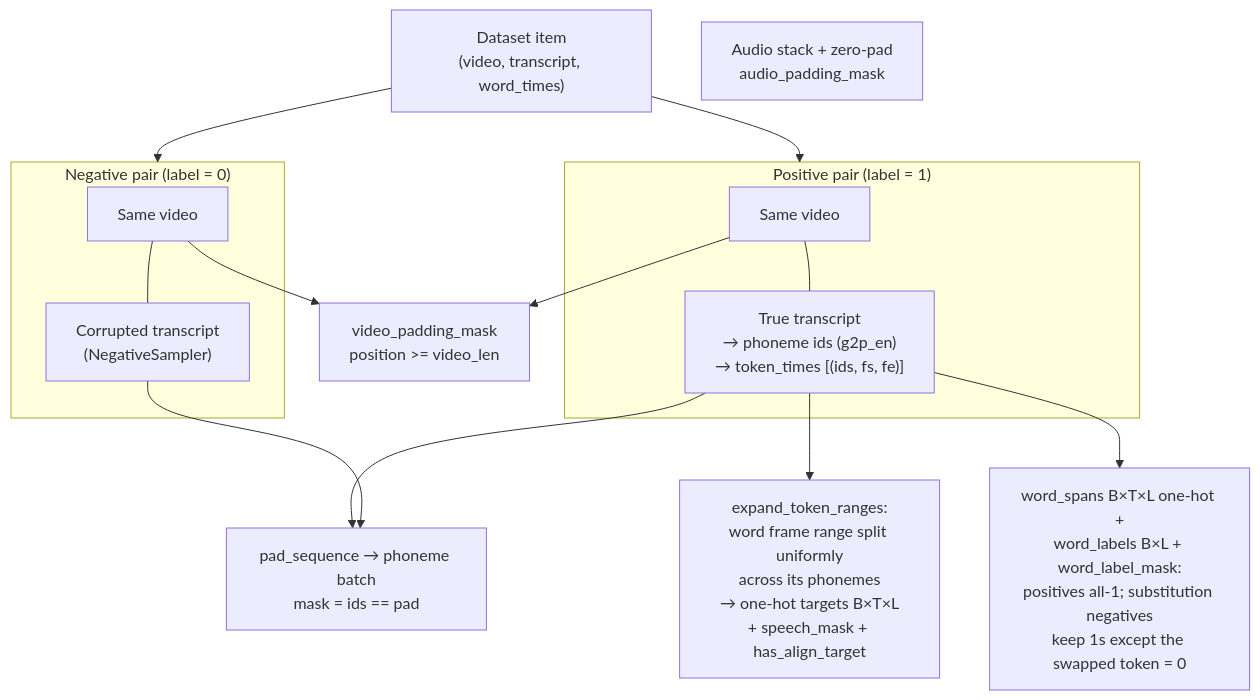
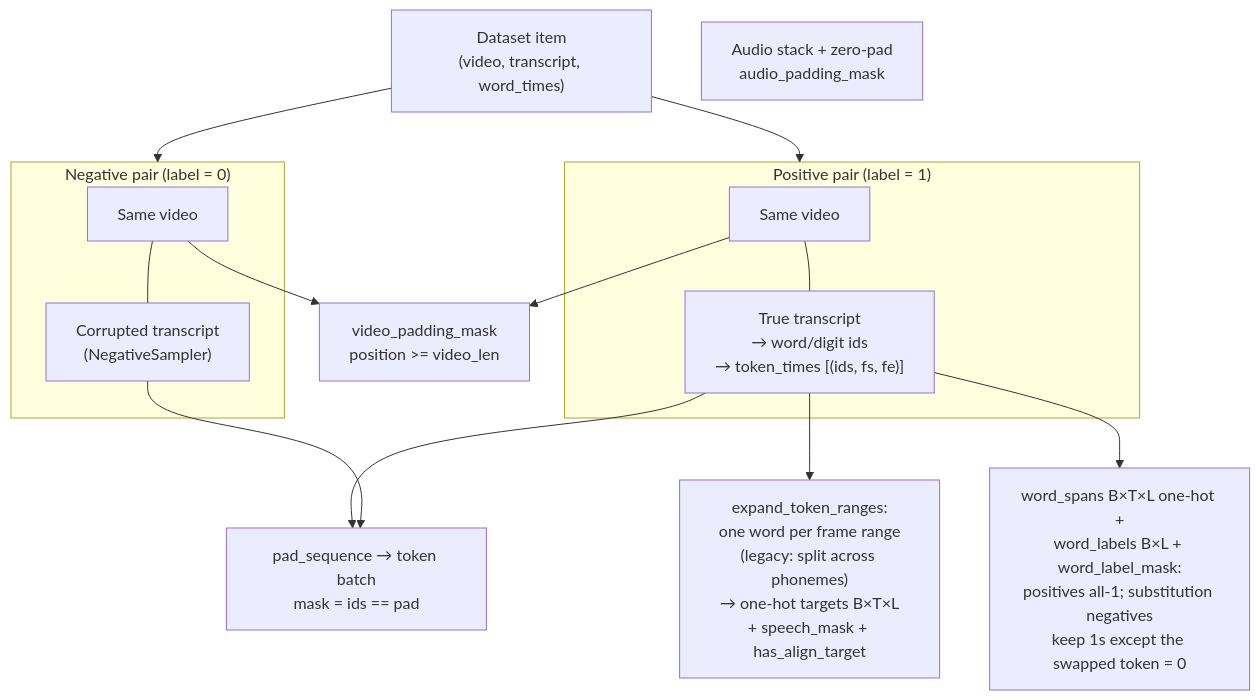
The fourth of 7 diagrams in architecture.md (turinaf/liptev), drawn with Mermaid before and after one commit. The commit also changed other lines of this file and 15 other files, not shown here.

````diff
--- a/architecture.md
+++ b/architecture.md
@@ -161,17 +161,17 @@
 ```mermaid
 flowchart TB
     ITEM["Dataset item<br/>(video, transcript, word_times)"]
     subgraph POS["Positive pair (label = 1)"]
-        PV["Same video"] --- PT["True transcript<br/>→ phoneme ids (g2p_en)<br/>→ token_times [(ids, fs, fe)]"]
+        PV["Same video"] --- PT["True transcript<br/>→ word/digit ids<br/>→ token_times [(ids, fs, fe)]"]
     end
     subgraph NEG["Negative pair (label = 0)"]
         NV["Same video"] --- NT["Corrupted transcript<br/>(NegativeSampler)"]
     end
     ITEM --> POS & NEG
-    PT --> PAD["pad_sequence → phoneme batch<br/>mask = ids == pad"]
+    PT --> PAD["pad_sequence → token batch<br/>mask = ids == pad"]
     NT --> PAD
     PV & NV --> VMASK["video_padding_mask<br/>position >= video_len"]
     AU["Audio stack + zero-pad<br/>audio_padding_mask"] 
-    PT --> AT["expand_token_ranges:<br/>word frame range split uniformly<br/>across its phonemes<br/>→ one-hot targets B×T×L<br/>+ speech_mask + has_align_target"]
+    PT --> AT["expand_token_ranges:<br/>one word per frame range<br/>(legacy: split across phonemes)<br/>→ one-hot targets B×T×L<br/>+ speech_mask + has_align_target"]
     PT --> WT["word_spans B×T×L one-hot +<br/>word_labels B×L + word_label_mask:<br/>positives all-1; substitution negatives<br/>keep 1s except the swapped token = 0"]
 ```
````
